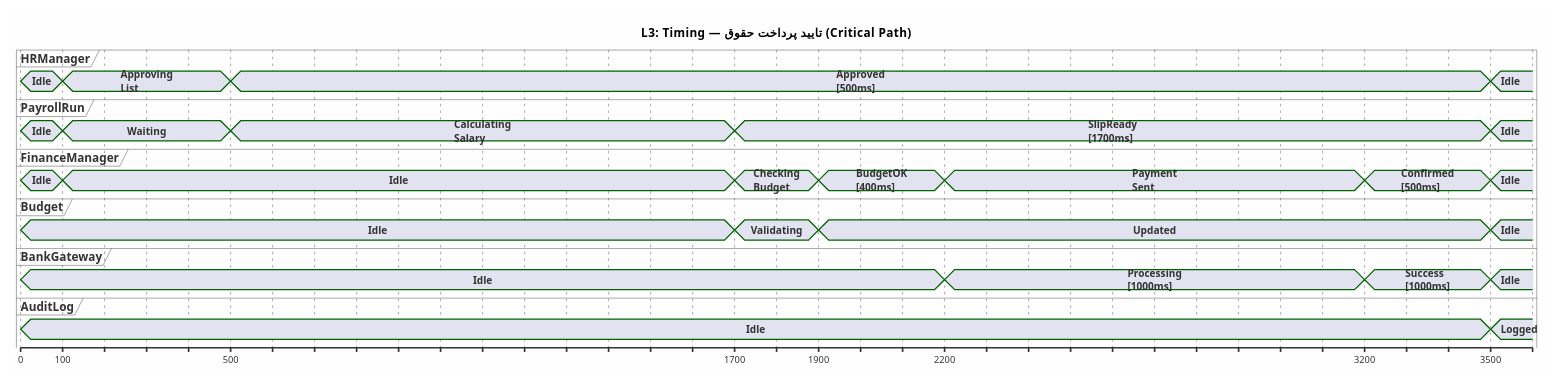
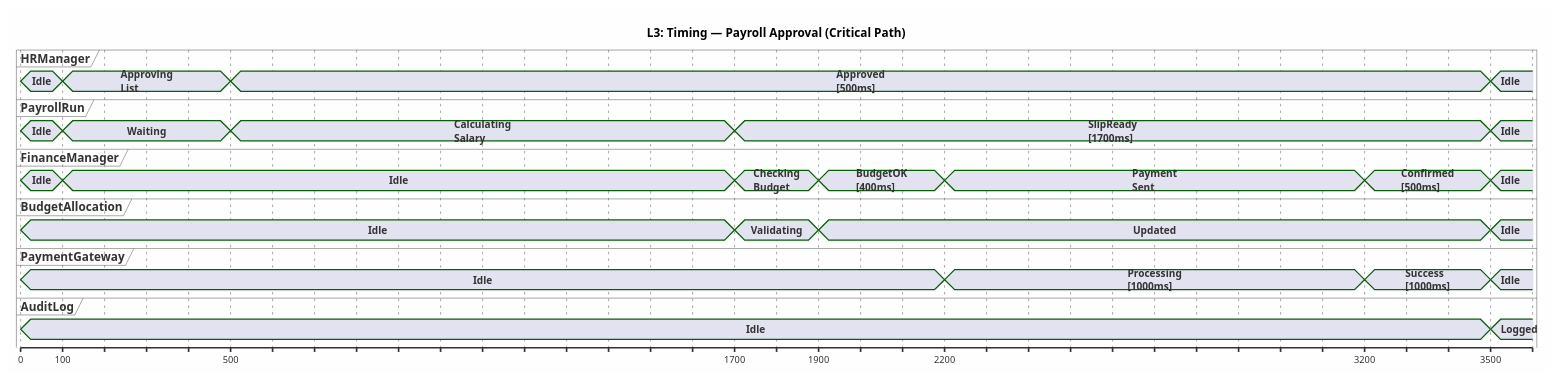
One commit to Shakour-Data/BedaanWaves changed the fifth of 7 diagrams in docs/02_architecture/ARCH_integrated-hr-finance-procurement-uml-overview-timing_v1.md. Above: the diagram before and after it, drawn with PlantUML. The commit also changed other lines of this file and 19 other files, not shown here.

````diff
--- a/docs/02_architecture/ARCH_integrated-hr-finance-procurement-uml-overview-timing_v1.md
+++ b/docs/02_architecture/ARCH_integrated-hr-finance-procurement-uml-overview-timing_v1.md
@@ -440,56 +440,56 @@
 ```plantuml
 @startuml ARCH-L3-Timing-PayrollApproval
 skinparam backgroundColor #FEFEFE
-title L3: Timing — تایید پرداخت حقوق (Critical Path)
+title L3: Timing — Payroll Approval (Critical Path)
 
 concise "HRManager" as HR
 concise "PayrollRun" as PR
 concise "FinanceManager" as FM
-concise "Budget" as BUD
-concise "BankGateway" as BG
+concise "BudgetAllocation" as BUD
+concise "PaymentGateway" as BG
 concise "AuditLog" as AL
 
 @0
 HR is "Idle"
 PR is "Idle"
 FM is "Idle"
 BUD is "Idle"
 BG is "Idle"
 AL is "Idle"
 
 @100
 HR is "Approving\nList"
 PR is "Waiting"
 FM is "Idle"
 
 @500
 HR is "Approved\n[500ms]"
 PR is "Calculating\nSalary"
 
 @1700
 PR is "SlipReady\n[1700ms]"
 FM is "Checking\nBudget"
 BUD is "Validating"
 
 @1900
 FM is "BudgetOK\n[400ms]"
 BUD is "Updated"
 
 @2200
 FM is "Payment\nSent"
 BG is "Processing\n[1000ms]"
 
 @3200
 BG is "Success\n[1000ms]"
 FM is "Confirmed\n[500ms]"
 
 @3500
 AL is "Logged"
 HR is "Idle"
 PR is "Idle"
 FM is "Idle"
 BUD is "Idle"
 BG is "Idle"
 
 @enduml
 ```
````
